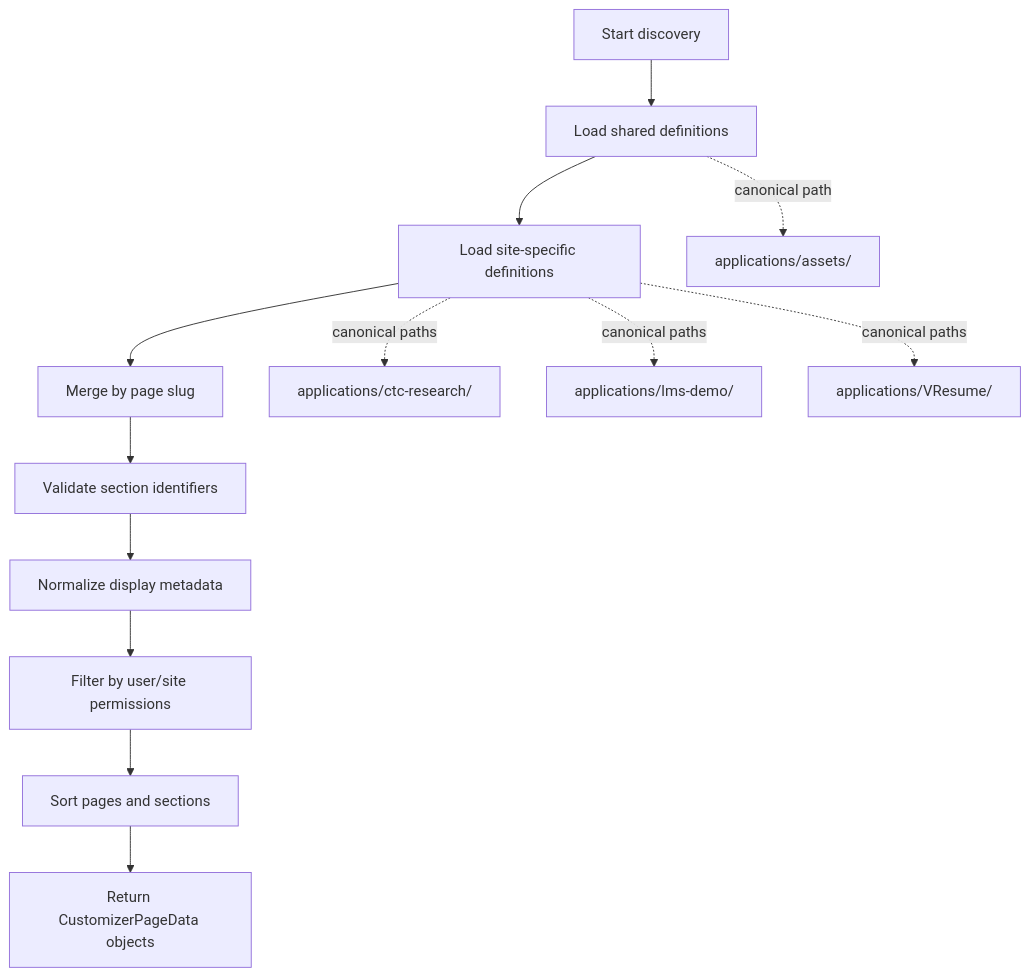
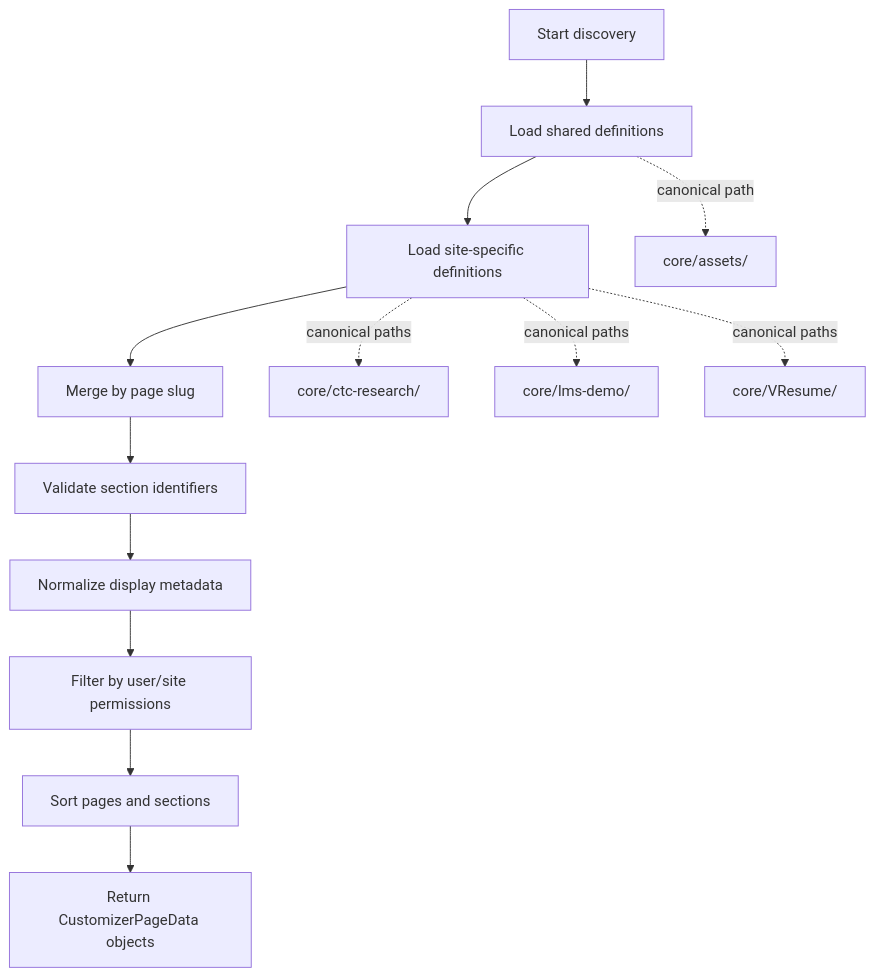
Before and after one commit to mammhoud/django-fusion: the third of 3 diagrams in docs/guides/customizer-django-fusion-components.md, drawn with Mermaid. The commit also changed other lines of this file and 231 other files, not shown here.

````diff
--- a/docs/guides/customizer-django-fusion-components.md
+++ b/docs/guides/customizer-django-fusion-components.md
@@ -135,16 +135,16 @@
 ```mermaid
 flowchart TD
     A[Start discovery] --> B[Load shared definitions]
     B --> C[Load site-specific definitions]
     C --> D[Merge by page slug]
     D --> E[Validate section identifiers]
     E --> F[Normalize display metadata]
     F --> G[Filter by user/site permissions]
     G --> H[Sort pages and sections]
     H --> I[Return CustomizerPageData objects]
 
-    B -. canonical path .-> B1[applications/assets/]
-    C -. canonical paths .-> C1[applications/ctc-research/]
-    C -. canonical paths .-> C2[applications/lms-demo/]
-    C -. canonical paths .-> C3[applications/VResume/]
+    B -. canonical path .-> B1[core/assets/]
+    C -. canonical paths .-> C1[core/ctc-research/]
+    C -. canonical paths .-> C2[core/lms-demo/]
+    C -. canonical paths .-> C3[core/VResume/]
 ```
````
